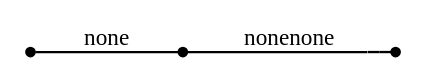
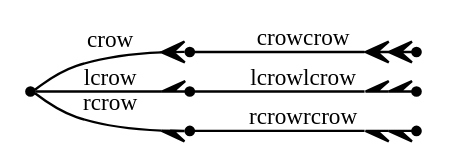
Before and after one commit to graphviz-perl/GraphViz2-Marpa-PathUtils: the diagram in out/clusters.out.08.009.gv, drawn with Graphviz. The commit also changed 47 other files, not shown here.

```diff
--- a/out/clusters.out.08.009.gv
+++ b/out/clusters.out.08.009.gv
@@ -1,9 +1,13 @@
 digraph G
 {
 	graph[rankdir = "LR" nodesep = "0"]
 	node[shape = "point" label = ""]
 	edge[fontsize = "10"]
-	_none -> none[arrowhead = "none" label = "none"]
-	none -> nonenone[arrowhead = "nonenone" label = "nonenone"]
+	_crow -> crow[arrowhead = "crow" label = "crow"]
+	crow -> crowcrow[arrowhead = "crowcrow" label = "crowcrow"]
+	_crow -> lcrow[arrowhead = "lcrow" label = "lcrow"]
+	lcrow -> lcrowlcrow[arrowhead = "lcrowlcrow" label = "lcrowlcrow"]
+	_crow -> rcrow[arrowhead = "rcrow" label = "rcrow"]
+	rcrow -> rcrowrcrow[arrowhead = "rcrowrcrow" label = "rcrowrcrow"]
 
 }
```
